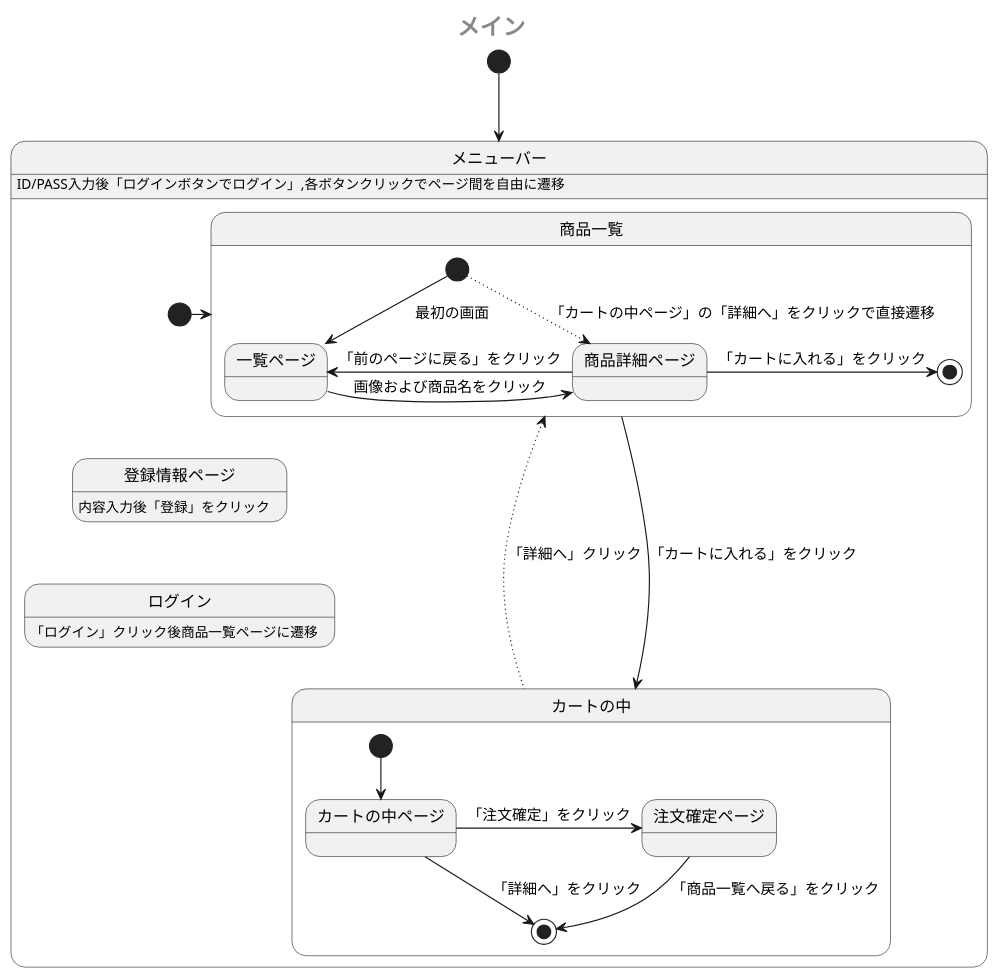
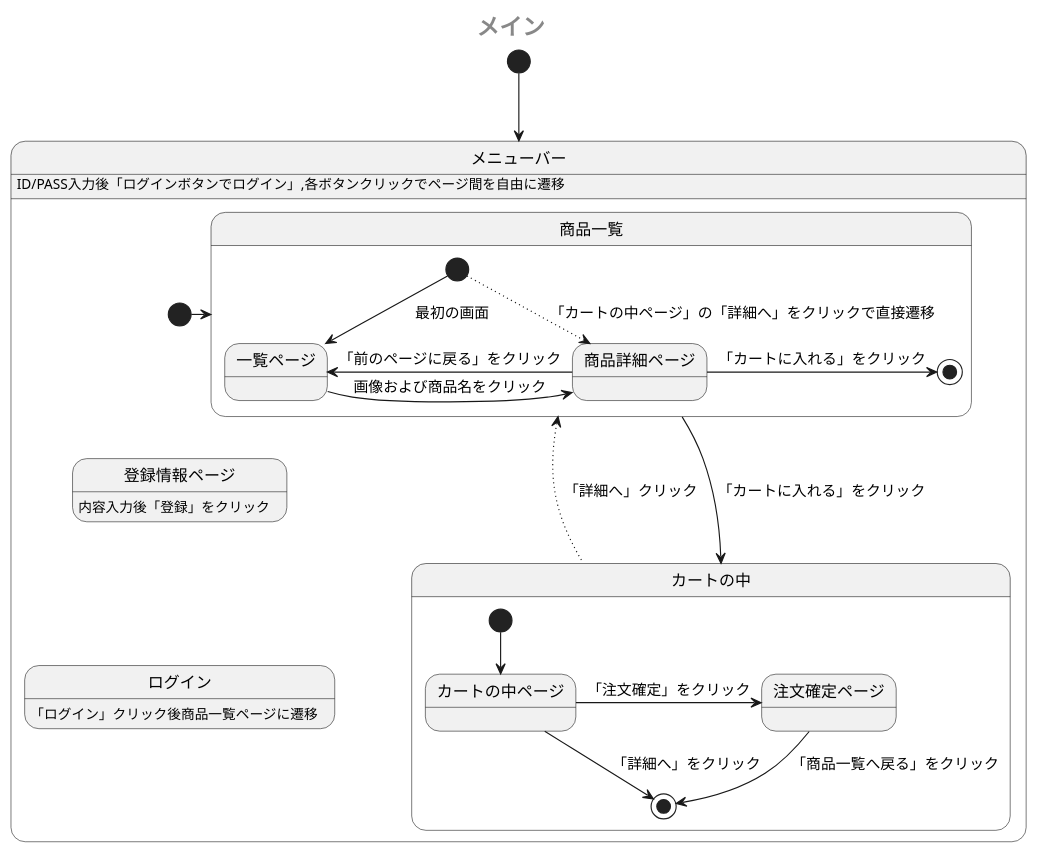
The diagram in sample/StateMachine.md (Aso2001385/2021sys-design), drawn with PlantUML before and after one commit.

````diff
--- a/sample/StateMachine.md
+++ b/sample/StateMachine.md
@@ -1,32 +1,32 @@
 ```uml
 @startuml
  center header <size:20><b>メイン</b></size>
  [*] --> メニューバー
  state メニューバー {
    メニューバー: ID/PASS入力後「ログインボタンでログイン」,各ボタンクリックでページ間を自由に遷移
    [*] -> 商品一覧
    state 商品一覧 {
     [*] --> 一覧ページ:　最初の画面
     [*] -[dotted]-> 商品詳細ページ: 「カートの中ページ」の「詳細へ」をクリックで直接遷移
     一覧ページ -right-> 商品詳細ページ: 画像および商品名をクリック
     商品詳細ページ -left-> 一覧ページ: 「前のページに戻る」をクリック
     商品詳細ページ -right-> [*]: 「カートに入れる」をクリック
     
    }
-   商品一覧 ----> カートの中:「カートに入れる」をクリック
+   商品一覧 ---> カートの中:「カートに入れる」をクリック
    state カートの中 {
     [*] --> カートの中ページ
     カートの中ページ --> [*]:「詳細へ」をクリック
     カートの中ページ -> 注文確定ページ:「注文確定」をクリック 
     注文確定ページ --> [*]: 「商品一覧へ戻る」をクリック
    }
    カートの中 -up[dotted]-> 商品一覧:「詳細へ」クリック
   
    [*] -down[hidden]-> 登録情報ページ
    登録情報ページ:内容入力後「登録」をクリック
    登録情報ページ -[hidden]-> ログイン
    ログイン:「ログイン」クリック後商品一覧ページに遷移
  }
  
 @enduml
 ```
````
